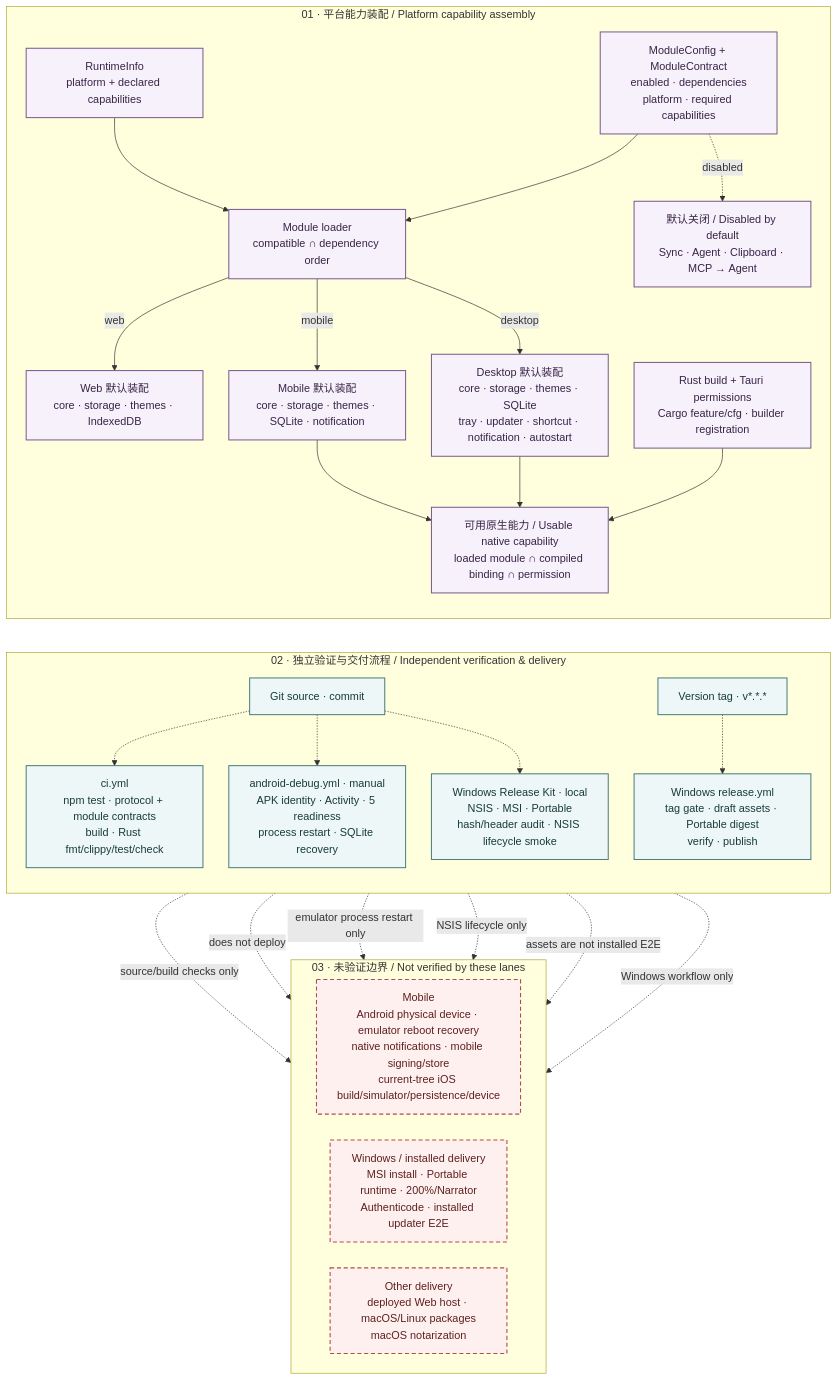
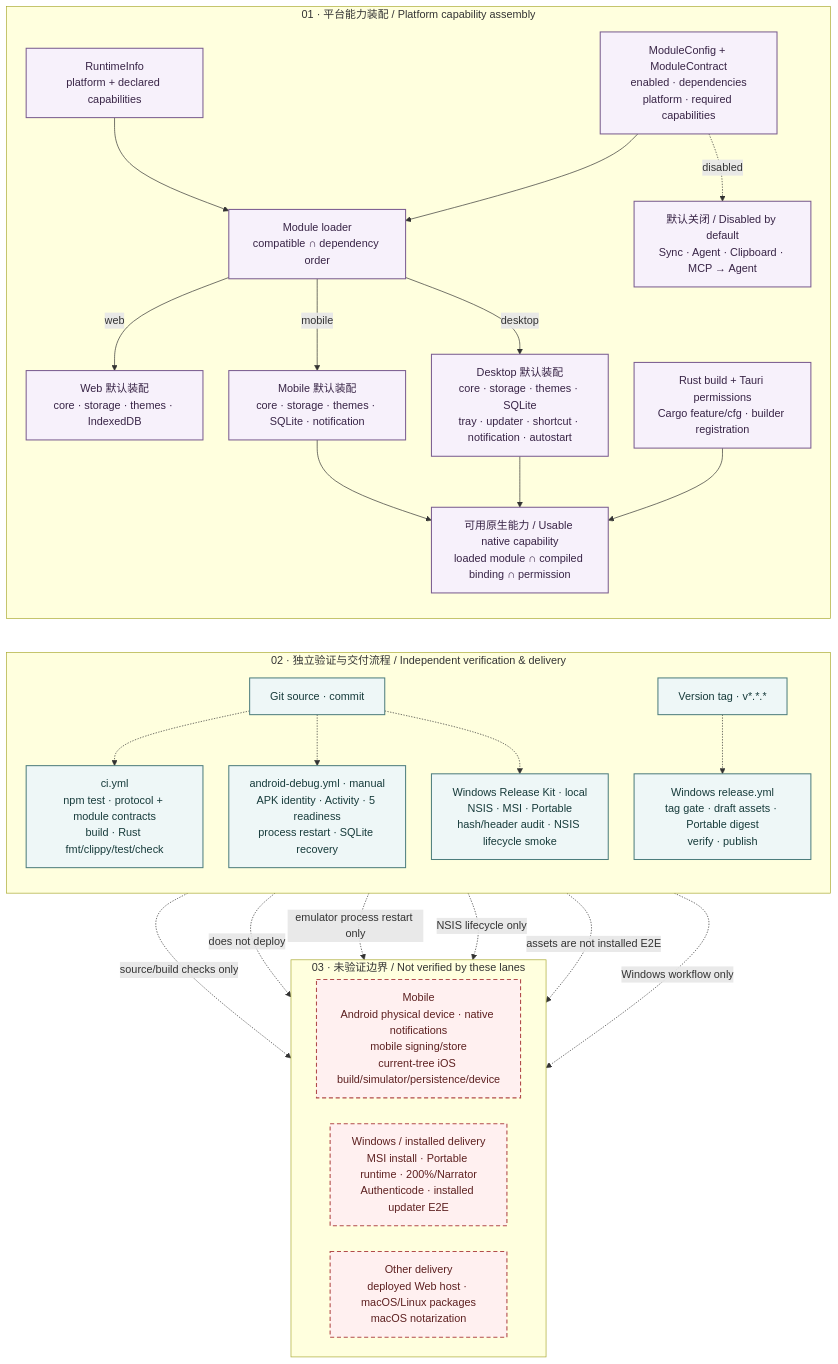
The diagram in docs/design/shixue-platform-delivery-architecture.mmd (Shiaoming123/shixue), drawn with Mermaid before and after one commit. The commit also changed 15 other files, not shown here.

Commit message:
docs: record Android reboot persistence evidence

```diff
--- a/docs/design/shixue-platform-delivery-architecture.mmd
+++ b/docs/design/shixue-platform-delivery-architecture.mmd
@@ -1,62 +1,62 @@
 %%{init: {"flowchart": {"curve": "basis", "nodeSpacing": 38, "rankSpacing": 50}}}%%
 %% Detailed platform-capability and delivery-evidence architecture. Keep labels bilingual.
 flowchart TB
   subgraph CAPABILITIES["01 · 平台能力装配 / Platform capability assembly"]
     direction TB
     CONFIG["ModuleConfig + ModuleContract<br/>enabled · dependencies<br/>platform · required capabilities"]
     RUNTIME["RuntimeInfo<br/>platform + declared capabilities"]
     NATIVE["Rust build + Tauri permissions<br/>Cargo feature/cfg · builder registration"]
     LOADER["Module loader<br/>compatible ∩ dependency order"]
     WEBMOD["Web 默认装配<br/>core · storage · themes · IndexedDB"]
     DESKMOD["Desktop 默认装配<br/>core · storage · themes · SQLite<br/>tray · updater · shortcut · notification · autostart"]
     MOBMOD["Mobile 默认装配<br/>core · storage · themes · SQLite · notification"]
     OFF["默认关闭 / Disabled by default<br/>Sync · Agent · Clipboard · MCP → Agent"]
     USABLE["可用原生能力 / Usable native capability<br/>loaded module ∩ compiled binding ∩ permission"]
 
     CONFIG --> LOADER
     RUNTIME --> LOADER
     CONFIG -. "disabled" .-> OFF
     LOADER -->|"web"| WEBMOD
     LOADER -->|"desktop"| DESKMOD
     LOADER -->|"mobile"| MOBMOD
     NATIVE --> USABLE
     DESKMOD --> USABLE
     MOBMOD --> USABLE
   end
 
   subgraph DELIVERY["02 · 独立验证与交付流程 / Independent verification & delivery"]
     direction TB
     SOURCE["Git source · commit"]
     TAG["Version tag · v*.*.*"]
     CI["ci.yml<br/>npm test · protocol + module contracts<br/>build · Rust fmt/clippy/test/check"]
     ANDROID["android-debug.yml · manual<br/>APK identity · Activity · 5 readiness<br/>process restart · SQLite recovery"]
     WINDOWS["Windows Release Kit · local<br/>NSIS · MSI · Portable<br/>hash/header audit · NSIS lifecycle smoke"]
     RELEASE["Windows release.yml<br/>tag gate · draft assets · Portable digest<br/>verify · publish"]
   end
 
   subgraph GAPS["03 · 未验证边界 / Not verified by these lanes"]
     direction LR
-    MOBILE_GAPS["Mobile<br/>Android physical device · emulator reboot recovery<br/>native notifications · mobile signing/store<br/>current-tree iOS build/simulator/persistence/device"]
+    MOBILE_GAPS["Mobile<br/>Android physical device · native notifications<br/>mobile signing/store<br/>current-tree iOS build/simulator/persistence/device"]
     WINDOWS_GAPS["Windows / installed delivery<br/>MSI install · Portable runtime · 200%/Narrator<br/>Authenticode · installed updater E2E"]
     OTHER_GAPS["Other delivery<br/>deployed Web host · macOS/Linux packages<br/>macOS notarization"]
   end
 
   SOURCE -.-> CI
   SOURCE -.-> ANDROID
   SOURCE -.-> WINDOWS
   TAG -.-> RELEASE
   CI -. "source/build checks only" .-> MOBILE_GAPS
   CI -. "does not deploy" .-> OTHER_GAPS
   ANDROID -. "emulator process restart only" .-> MOBILE_GAPS
   WINDOWS -. "NSIS lifecycle only" .-> WINDOWS_GAPS
   RELEASE -. "assets are not installed E2E" .-> WINDOWS_GAPS
   RELEASE -. "Windows workflow only" .-> OTHER_GAPS
 
   CAPABILITIES ~~~ DELIVERY
 
   classDef capability fill:#f7f1fb,stroke:#795b8f,color:#382446,stroke-width:1.5px;
   classDef delivery fill:#eef7f7,stroke:#4d7d7d,color:#173b3b,stroke-width:1.5px;
   classDef gap fill:#fff0f0,stroke:#b24c4c,color:#5d2020,stroke-width:1.6px,stroke-dasharray:6 4;
   class CONFIG,RUNTIME,NATIVE,LOADER,WEBMOD,DESKMOD,MOBMOD,OFF,USABLE capability;
   class SOURCE,TAG,CI,ANDROID,WINDOWS,RELEASE delivery;
   class MOBILE_GAPS,WINDOWS_GAPS,OTHER_GAPS gap;
```
